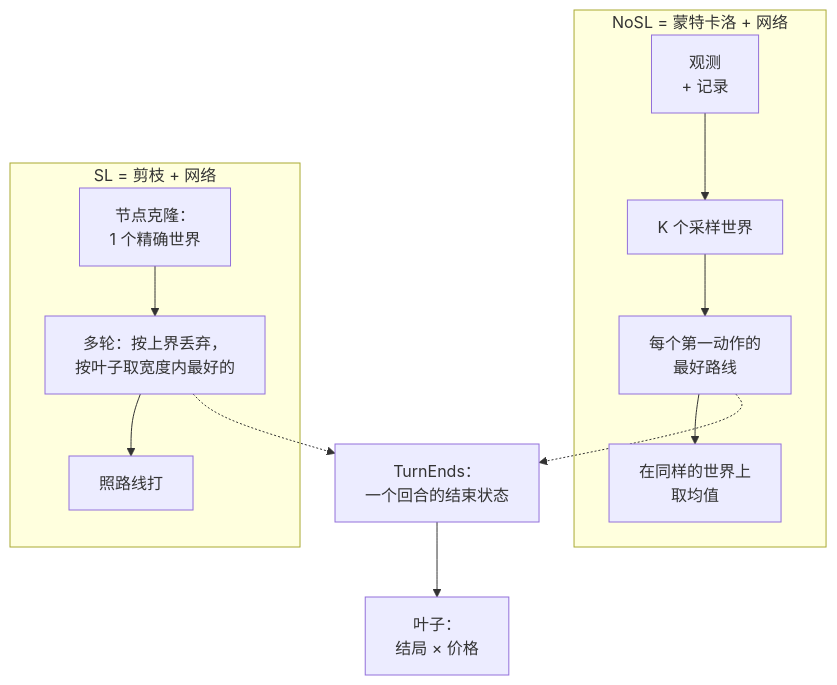
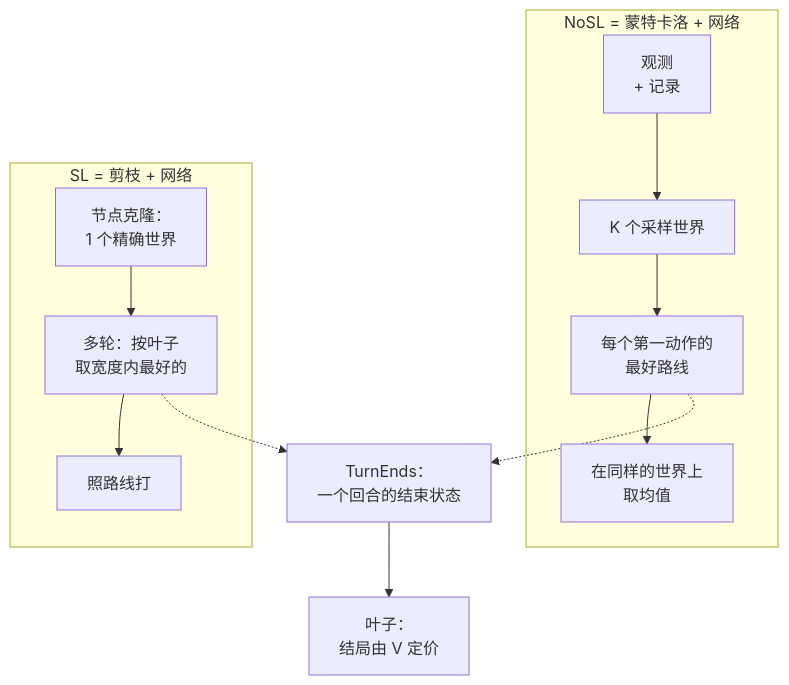
The diagram in docs/src/content/docs/arch/combat-brain/index.mdx (shinnku-nikaidou/spire-zero), drawn with Mermaid before and after one commit. The commit also changed other lines of this file and 128 other files, not shown here.

````diff
--- a/docs/src/content/docs/arch/combat-brain/index.mdx
+++ b/docs/src/content/docs/arch/combat-brain/index.mdx
@@ -92,15 +91,15 @@
 ```mermaid
 flowchart TB
   subgraph NoSL["NoSL = 蒙特卡洛 + 网络"]
     R["观测<br/>+ 记录"] --> W["K 个采样世界"]
     W --> N["每个第一动作的<br/>最好路线"]
     N --> A["在同样的世界上<br/>取均值"]
   end
   subgraph SL["SL = 剪枝 + 网络"]
-    C["节点克隆：<br/>1 个精确世界"] --> S["多轮：按上界丢弃，<br/>按叶子取宽度内最好的"]
+    C["节点克隆：<br/>1 个精确世界"] --> S["多轮：按叶子<br/>取宽度内最好的"]
     S --> F["照路线打"]
   end
   N -.-> T["TurnEnds：<br/>一个回合的结束状态"]
   S -.-> T
-  T --> L["叶子：<br/>结局 × 价格"]
+  T --> L["叶子：<br/>结局由 V 定价"]
 ```
````
